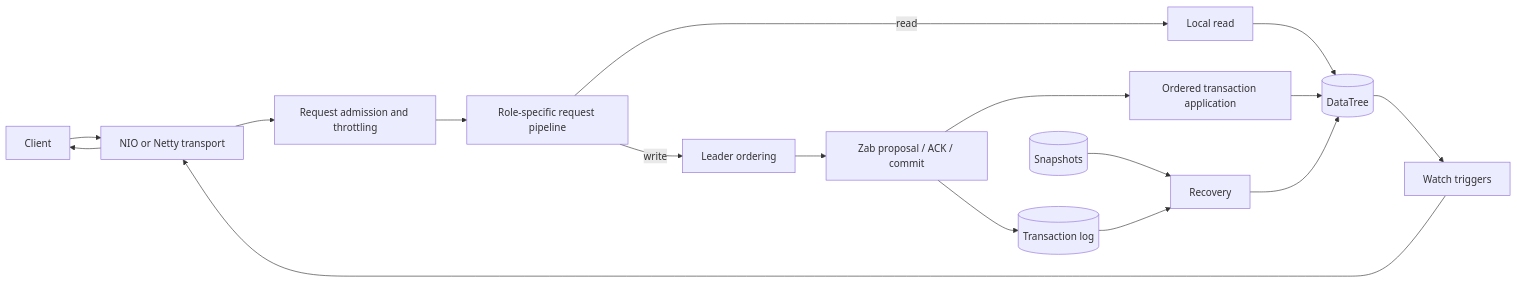
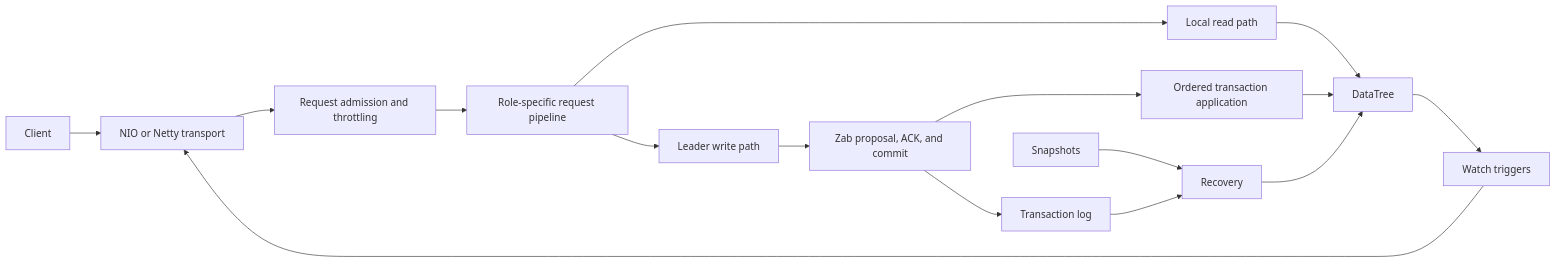
Before and after one commit to harshvsingh8/dsys: the first of 11 diagrams in explore/zookeeper/SERVER_ARCHITECTURE.md, drawn with Mermaid. The commit also changed other lines of this file, not shown here.

First line of the commit message:
Fix GitHub Mermaid diagram rendering

````diff
--- a/explore/zookeeper/SERVER_ARCHITECTURE.md
+++ b/explore/zookeeper/SERVER_ARCHITECTURE.md
@@ -31,23 +31,18 @@
 ```mermaid
-flowchart LR
-    Client[Client] --> Transport[NIO or Netty transport]
-    Transport --> Admission[Request admission and throttling]
-    Admission --> Pipeline[Role-specific request pipeline]
-
-    Pipeline -->|read| LocalRead[Local read]
-    LocalRead --> DataTree[(DataTree)]
-
-    Pipeline -->|write| Leader[Leader ordering]
-    Leader --> Zab[Zab proposal / ACK / commit]
-    Zab --> Durable[(Transaction log)]
-    Zab --> Apply[Ordered transaction application]
-    Apply --> DataTree
-
-    DataTree --> Watches[Watch triggers]
-    Watches --> Transport
-    Transport --> Client
-
-    Snapshots[(Snapshots)] --> Recovery[Recovery]
-    Durable --> Recovery
-    Recovery --> DataTree
+graph LR;
+    Client["Client"] --> Transport["NIO or Netty transport"];
+    Transport --> Admission["Request admission and throttling"];
+    Admission --> Pipeline["Role-specific request pipeline"];
+    Pipeline --> ReadPath["Local read path"];
+    ReadPath --> DataTree["DataTree"];
+    Pipeline --> WritePath["Leader write path"];
+    WritePath --> Zab["Zab proposal, ACK, and commit"];
+    Zab --> TxnLog["Transaction log"];
+    Zab --> Apply["Ordered transaction application"];
+    Apply --> DataTree;
+    DataTree --> Watches["Watch triggers"];
+    Watches --> Transport;
+    Snapshots["Snapshots"] --> Recovery["Recovery"];
+    TxnLog --> Recovery;
+    Recovery --> DataTree;
 ```
````
